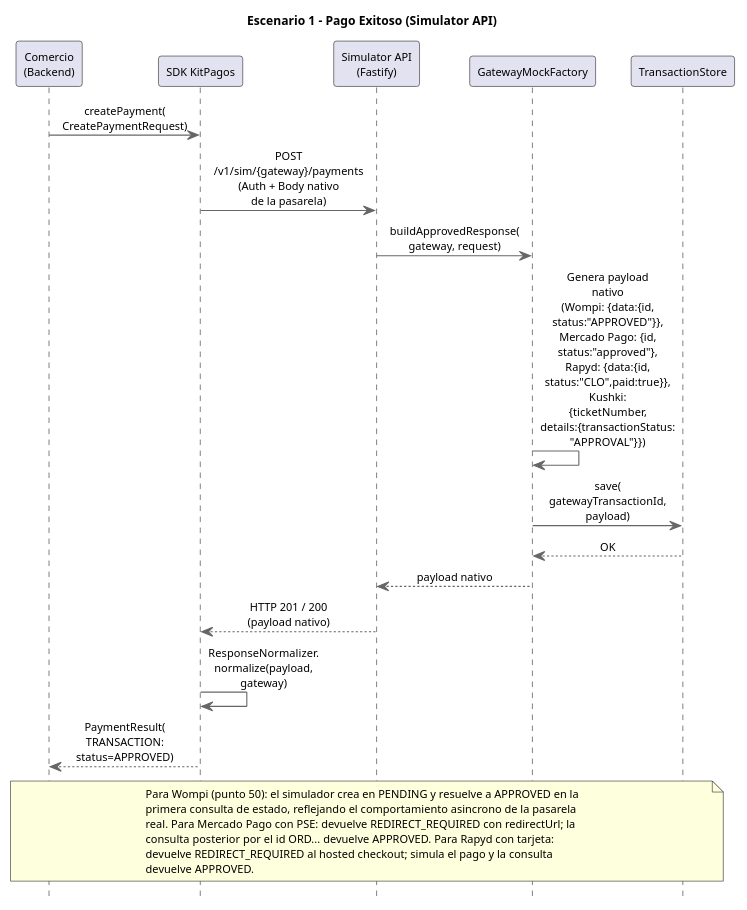
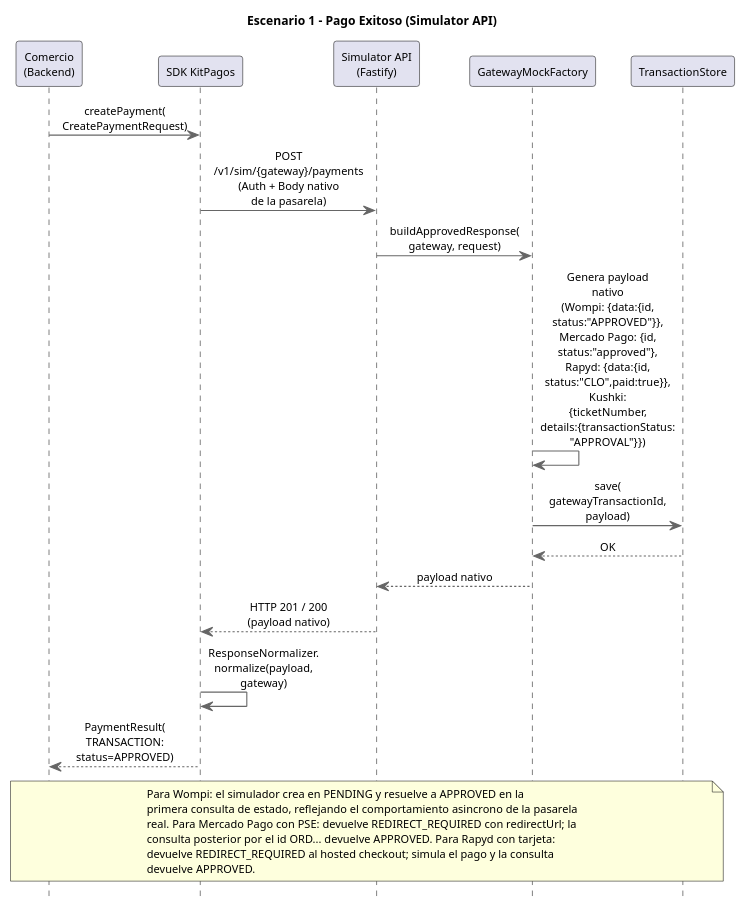
The diagram in docs/architecture/Simulador API/diagrams-source/sequence-successful-payment.puml (PurosBrothers/Kit-Pagos-Colombia---Tesis), drawn with PlantUML before and after one commit. The commit also changed 36 other files, not shown here.

```diff
--- a/docs/architecture/Simulador API/diagrams-source/sequence-successful-payment.puml
+++ b/docs/architecture/Simulador API/diagrams-source/sequence-successful-payment.puml
@@ -1,46 +1,46 @@
 @startuml Sequence Diagram - Successful Payment
 title Escenario 1 - Pago Exitoso (Simulator API)
 skinparam backgroundColor white
 skinparam defaultFontName Helvetica
 skinparam defaultFontSize 10
 skinparam titleFontSize 11
 skinparam ParticipantFontSize 10
 skinparam ActorFontSize 10
 skinparam ArrowFontSize 10
 skinparam NoteFontSize 10
 skinparam SequenceGroupFontSize 10
 skinparam SequenceGroupHeaderFontSize 10
 skinparam SequenceDividerFontSize 10
 skinparam maxMessageSize 95
 hide footbox
 skinparam sequenceMessageAlign center
 skinparam ArrowColor #666666
 skinparam LifeLineBorderColor #666666
 
 participant "Comercio\n(Backend)" as Comercio
 participant "SDK KitPagos" as SDK
 participant "Simulator API\n(Fastify)" as SimAPI
 participant "GatewayMockFactory" as MockFactory
 participant "TransactionStore" as Store
 
 Comercio -> SDK : createPayment(\nCreatePaymentRequest)
 SDK -> SimAPI : POST /v1/sim/{gateway}/payments\n(Auth + Body nativo de la pasarela)
 SimAPI -> MockFactory : buildApprovedResponse(\ngateway, request)
 MockFactory -> MockFactory : Genera payload nativo\n(Wompi: {data:{id,\nstatus:"APPROVED"}},\nMercado Pago: {id,\nstatus:"approved"},\nRapyd: {data:{id,\nstatus:"CLO",paid:true}},\nKushki: {ticketNumber,\ndetails:{transactionStatus:\n"APPROVAL"}})
 MockFactory -> Store : save(\ngatewayTransactionId,\npayload)
 Store --> MockFactory : OK
 MockFactory --> SimAPI : payload nativo
 SimAPI --> SDK : HTTP 201 / 200 (payload nativo)
 SDK -> SDK : ResponseNormalizer.\nnormalize(payload,\ngateway)
 SDK --> Comercio : PaymentResult(\nTRANSACTION:\nstatus=APPROVED)
 
 note over Comercio, Store
-  Para Wompi (punto 50): el simulador crea en PENDING y resuelve a APPROVED en la
+  Para Wompi: el simulador crea en PENDING y resuelve a APPROVED en la
   primera consulta de estado, reflejando el comportamiento asincrono de la pasarela
   real. Para Mercado Pago con PSE: devuelve REDIRECT_REQUIRED con redirectUrl; la
   consulta posterior por el id ORD... devuelve APPROVED. Para Rapyd con tarjeta:
   devuelve REDIRECT_REQUIRED al hosted checkout; simula el pago y la consulta
   devuelve APPROVED.
 end note
 
 @enduml
```
